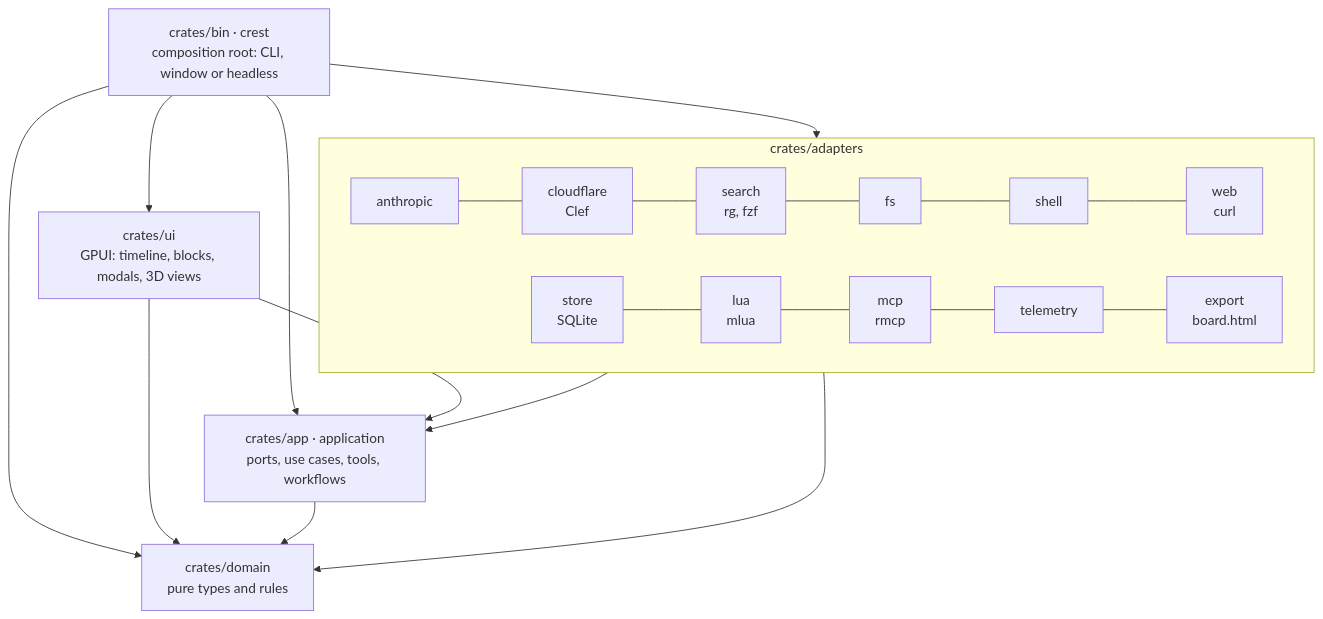
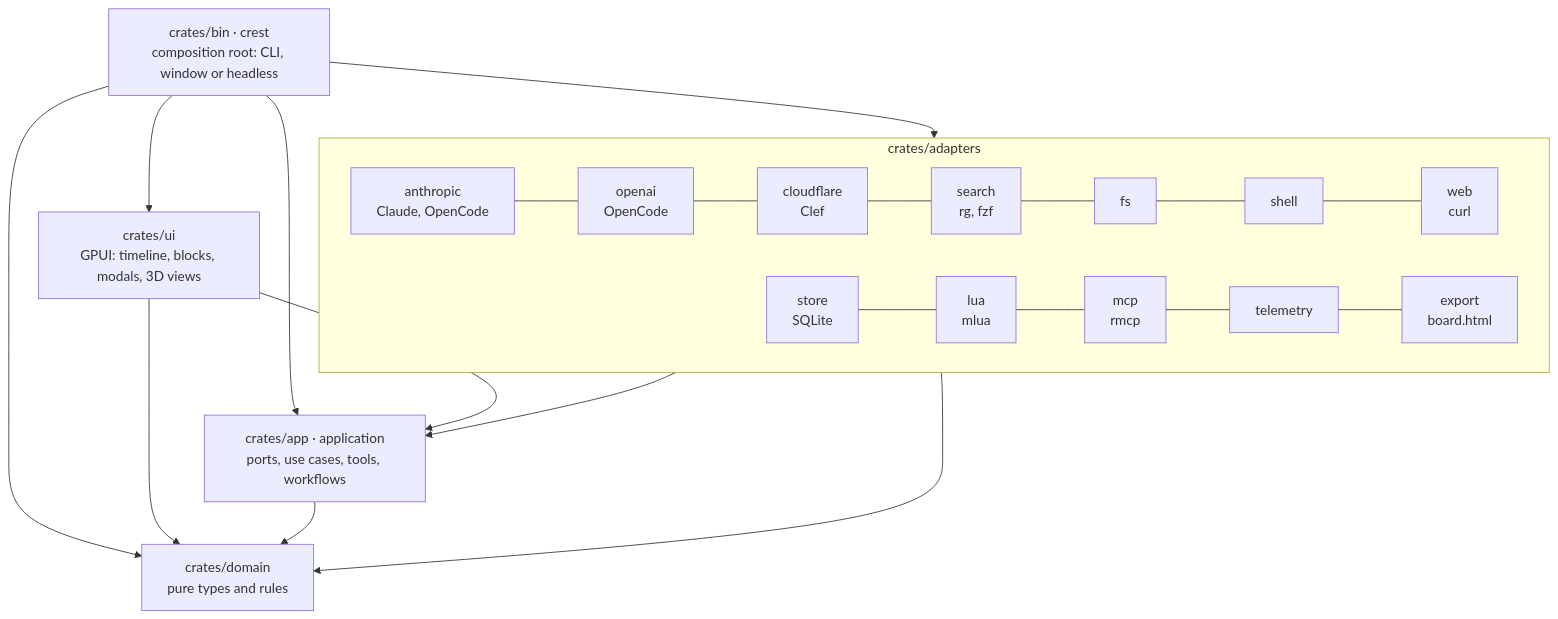
One commit to lazaroMB/crest changed the diagram in README.md. Above: the diagram before and after it, drawn with Mermaid. The commit also changed other lines of this file, not shown here.

Commit message:
docs: README sections for Claude and OpenCode

````diff
--- a/README.md
+++ b/README.md
@@ -193,16 +245,16 @@
 ```mermaid
 flowchart TB
     bin["crates/bin · crest<br/>composition root: CLI, window or headless"]
     ui["crates/ui<br/>GPUI: timeline, blocks, modals, 3D views"]
     subgraph adapters["crates/adapters"]
         direction LR
-        anthropic["anthropic"] --- cloudflare["cloudflare<br/>Clef"] --- search["search<br/>rg, fzf"] --- fs["fs"] --- shell["shell"] --- web["web<br/>curl"]
+        anthropic["anthropic<br/>Claude, OpenCode"] --- openai["openai<br/>OpenCode"] --- cloudflare["cloudflare<br/>Clef"] --- search["search<br/>rg, fzf"] --- fs["fs"] --- shell["shell"] --- web["web<br/>curl"]
         store["store<br/>SQLite"] --- lua["lua<br/>mlua"] --- mcp["mcp<br/>rmcp"] --- telemetry["telemetry"] --- export["export<br/>board.html"]
     end
     app["crates/app · application<br/>ports, use cases, tools, workflows"]
     domain["crates/domain<br/>pure types and rules"]
     bin --> ui & adapters & app & domain
     ui --> app & domain
     adapters --> app & domain
     app --> domain
 ```
````
